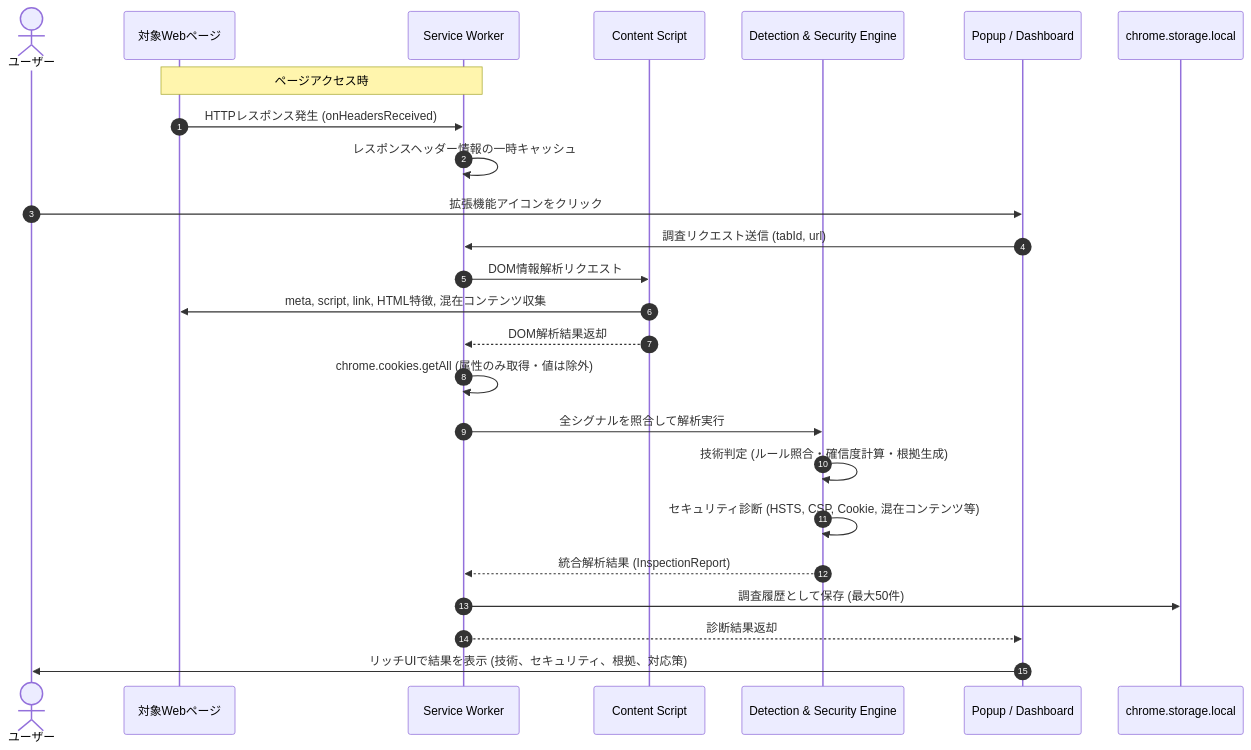
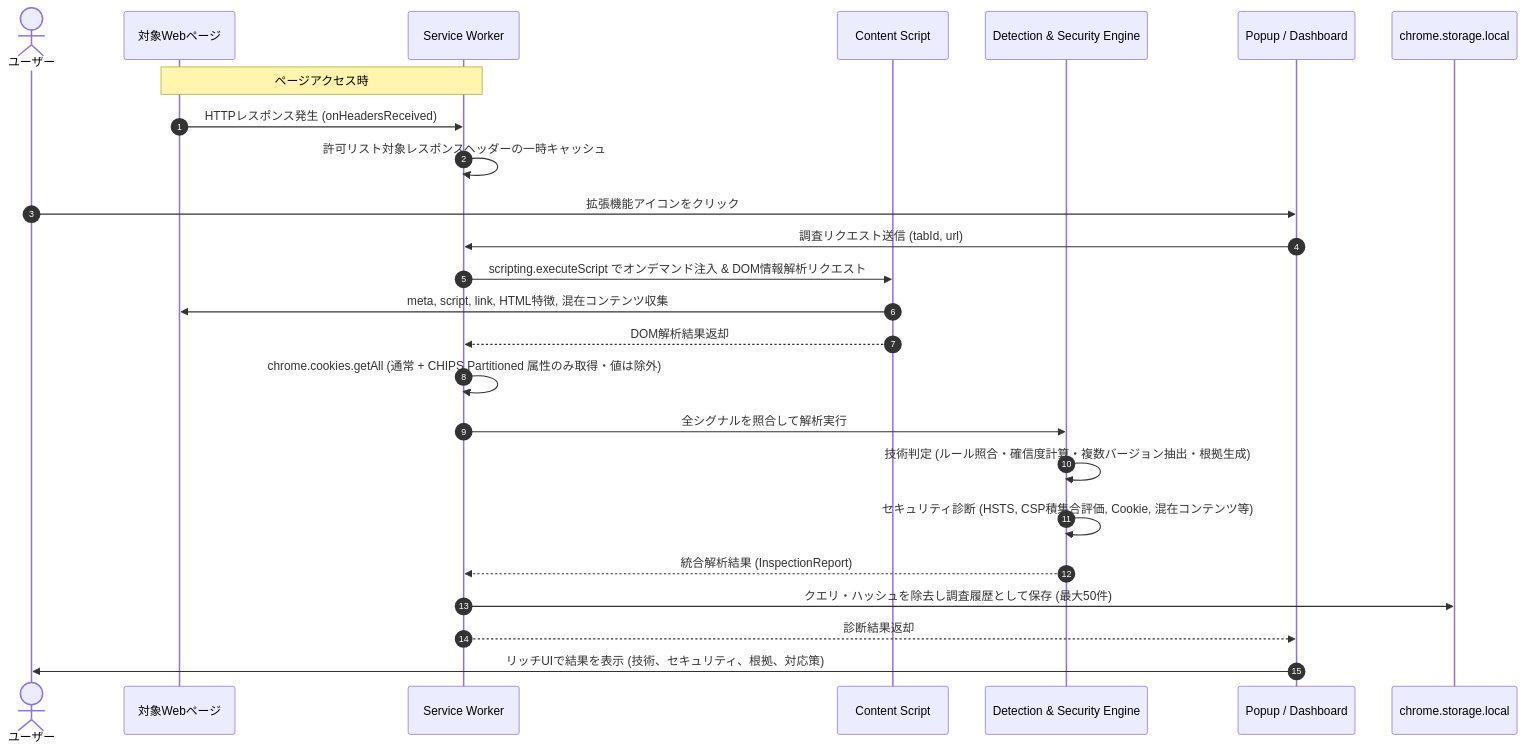
The second of 3 diagrams in README.md (moritama/web-inspector), drawn with Mermaid before and after one commit. The commit also changed other lines of this file and 14 other files, not shown here.

````diff
--- a/README.md
+++ b/README.md
@@ -165,29 +196,29 @@
 ```mermaid
 sequenceDiagram
     autonumber
     actor User as ユーザー
     participant Tab as 対象Webページ
     participant SW as Service Worker
     participant CS as Content Script
     participant Engine as Detection & Security Engine
     participant Popup as Popup / Dashboard
     participant Storage as chrome.storage.local
 
     Note over Tab,SW: ページアクセス時
     Tab->>SW: HTTPレスポンス発生 (onHeadersReceived)
-    SW->>SW: レスポンスヘッダー情報の一時キャッシュ
+    SW->>SW: 許可リスト対象レスポンスヘッダーの一時キャッシュ
 
     User->>Popup: 拡張機能アイコンをクリック
     Popup->>SW: 調査リクエスト送信 (tabId, url)
-    SW->>CS: DOM情報解析リクエスト
+    SW->>CS: scripting.executeScript でオンデマンド注入 & DOM情報解析リクエスト
     CS->>Tab: meta, script, link, HTML特徴, 混在コンテンツ収集
     CS-->>SW: DOM解析結果返却
-    SW->>SW: chrome.cookies.getAll (属性のみ取得・値は除外)
+    SW->>SW: chrome.cookies.getAll (通常 + CHIPS Partitioned 属性のみ取得・値は除外)
     SW->>Engine: 全シグナルを照合して解析実行
-    Engine->>Engine: 技術判定 (ルール照合・確信度計算・根拠生成)
-    Engine->>Engine: セキュリティ診断 (HSTS, CSP, Cookie, 混在コンテンツ等)
+    Engine->>Engine: 技術判定 (ルール照合・確信度計算・複数バージョン抽出・根拠生成)
+    Engine->>Engine: セキュリティ診断 (HSTS, CSP積集合評価, Cookie, 混在コンテンツ等)
     Engine-->>SW: 統合解析結果 (InspectionReport)
-    SW->>Storage: 調査履歴として保存 (最大50件)
+    SW->>Storage: クエリ・ハッシュを除去し調査履歴として保存 (最大50件)
     SW-->>Popup: 診断結果返却
     Popup->>User: リッチUIで結果を表示 (技術、セキュリティ、根拠、対応策)
 ```
````
